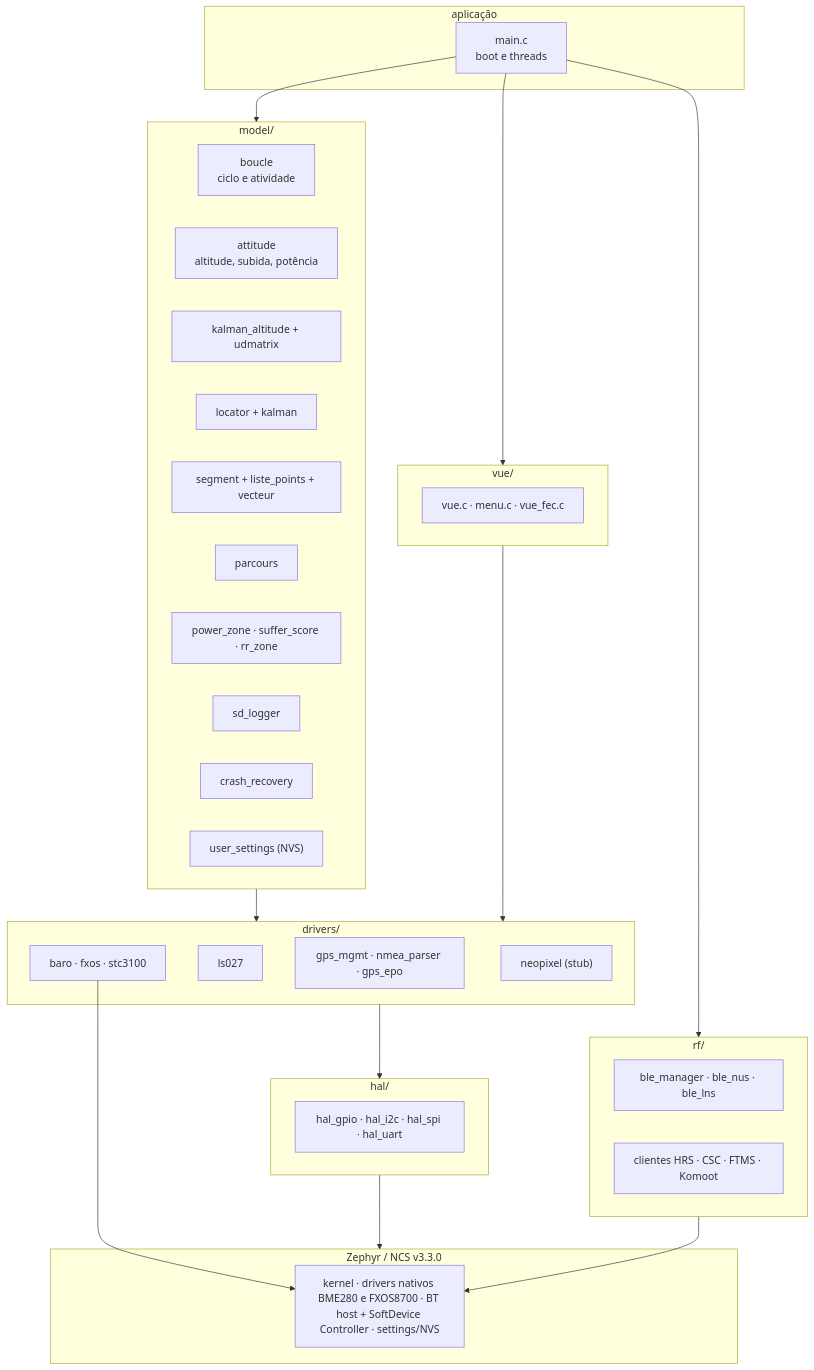
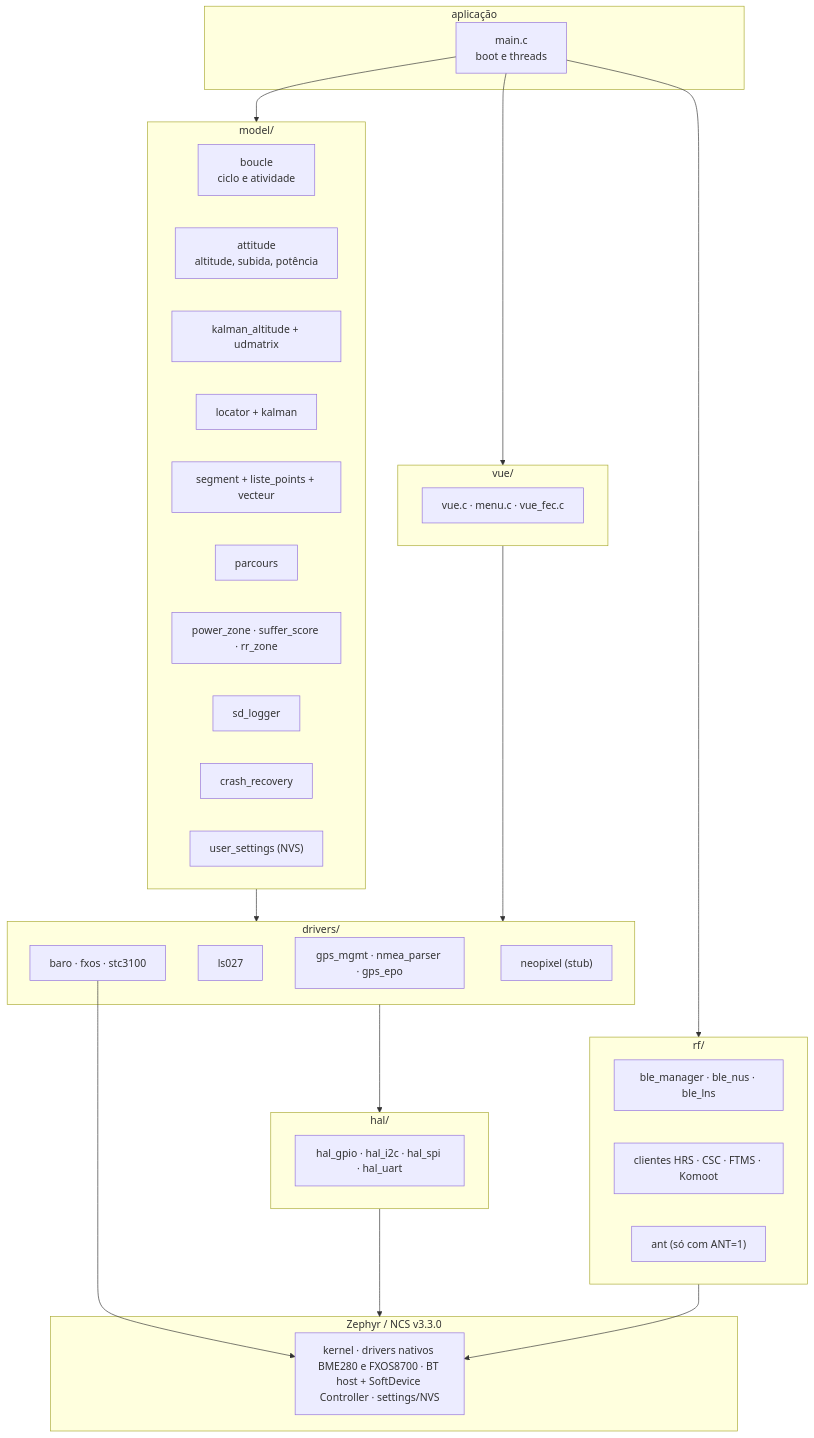
The first of 3 diagrams in docs/05-arquitetura-zephyr.md (Guiimartinho/gnss-bike-computer), drawn with Mermaid before and after one commit. The commit also changed other lines of this file and 19 other files, not shown here.

````diff
--- a/docs/05-arquitetura-zephyr.md
+++ b/docs/05-arquitetura-zephyr.md
@@ -9,46 +9,47 @@
 ```mermaid
 flowchart TB
     subgraph APP["aplicação"]
         MAIN["main.c<br/>boot e threads"]
     end
     subgraph MODEL["model/"]
         BOUCLE["boucle<br/>ciclo e atividade"]
         ATT["attitude<br/>altitude, subida, potência"]
         KAL["kalman_altitude + udmatrix"]
         LOC["locator + kalman"]
         SEG["segment + liste_points + vecteur"]
         PRC["parcours"]
         ZONES["power_zone · suffer_score · rr_zone"]
         LOG["sd_logger"]
         FDIR["crash_recovery"]
         SET["user_settings (NVS)"]
     end
     subgraph VUE["vue/"]
         V["vue.c · menu.c · vue_fec.c"]
     end
     subgraph RF["rf/"]
         BLE["ble_manager · ble_nus · ble_lns"]
         CLI["clientes HRS · CSC · FTMS · Komoot"]
+        ANTN["ant (só com ANT=1)"]
     end
     subgraph DRV["drivers/"]
         GPS["gps_mgmt · nmea_parser · gps_epo"]
         LCD["ls027"]
         SNS["baro · fxos · stc3100"]
         NEO["neopixel (stub)"]
     end
     subgraph HAL["hal/"]
         H["hal_gpio · hal_i2c · hal_spi · hal_uart"]
     end
     subgraph Z["Zephyr / NCS v3.3.0"]
         ZK["kernel · drivers nativos BME280 e FXOS8700 · BT host + SoftDevice Controller · settings/NVS"]
     end
     MAIN --> MODEL
     MAIN --> VUE
     MAIN --> RF
     MODEL --> DRV
     VUE --> DRV
     DRV --> HAL
     HAL --> Z
     SNS --> ZK
     RF --> ZK
 ```
````
